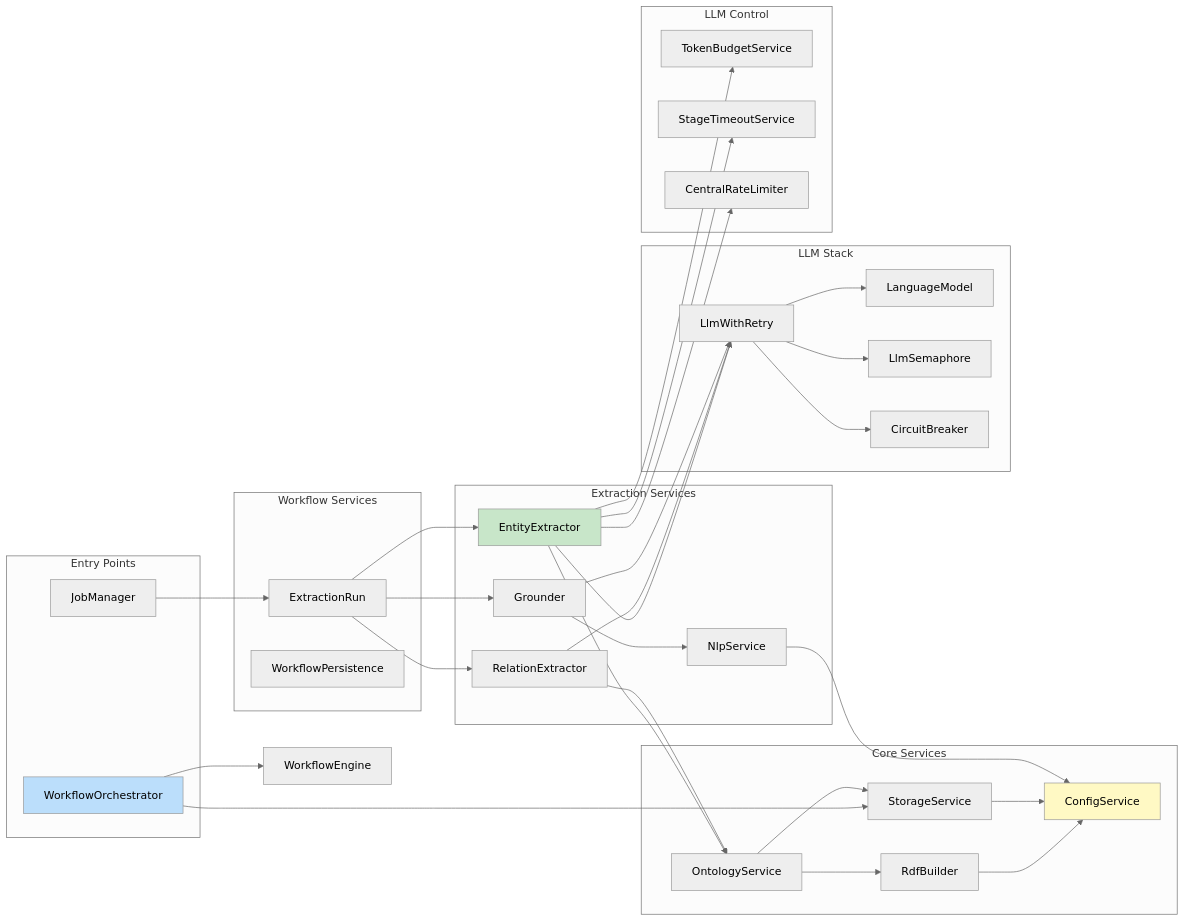
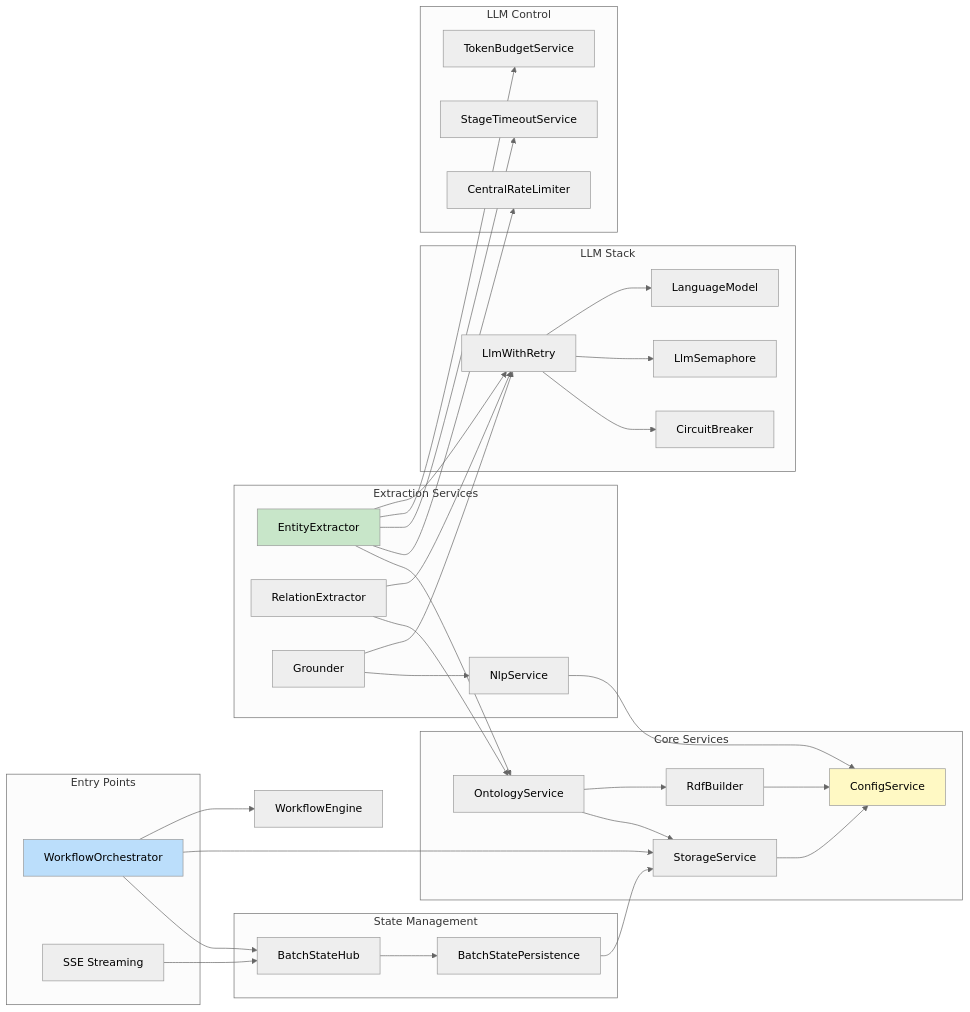
Before and after one commit to mepuka/effect-ontology: the fifth of 13 diagrams in packages/@core-v2/docs/architecture/system-architecture.md, drawn with Mermaid (neutral theme). The commit also changed other lines of this file and 58 other files, not shown here.

````diff
--- a/packages/@core-v2/docs/architecture/system-architecture.md
+++ b/packages/@core-v2/docs/architecture/system-architecture.md
@@ -244,74 +247,74 @@
 ```mermaid
 graph LR
     subgraph "Entry Points"
         WO[WorkflowOrchestrator]
-        JM[JobManager]
+        SSE[SSE Streaming]
     end
 
-    subgraph "Workflow Services"
-        ER[ExtractionRun]
-        WP[WorkflowPersistence]
+    subgraph "State Management"
+        BSH[BatchStateHub]
+        BSP[BatchStatePersistence]
     end
 
     subgraph "Extraction Services"
         EE[EntityExtractor]
         RE[RelationExtractor]
         GR[Grounder]
         NLP[NlpService]
     end
 
     subgraph "Core Services"
         CS[ConfigService]
         SS[StorageService]
         OS[OntologyService]
         RB[RdfBuilder]
     end
 
     subgraph "LLM Stack"
         LM[LanguageModel]
         LR[LlmWithRetry]
         LS[LlmSemaphore]
         CB[CircuitBreaker]
     end
 
     subgraph "LLM Control"
         TB[TokenBudgetService]
         ST[StageTimeoutService]
         RL[CentralRateLimiter]
     end
 
     WO --> WE[WorkflowEngine]
     WO --> SS
+    WO --> BSH
 
-    JM --> ER
-    ER --> EE
-    ER --> RE
-    ER --> GR
+    SSE --> BSH
+    BSH --> BSP
+    BSP --> SS
 
     EE --> LR
     RE --> LR
     GR --> LR
 
     LR --> LM
     LR --> LS
     LR --> CB
 
     EE --> TB
     EE --> ST
     EE --> RL
 
     EE --> OS
     RE --> OS
     GR --> NLP
 
     OS --> RB
     OS --> SS
 
     RB --> CS
     SS --> CS
     NLP --> CS
 
     style WO fill:#bbdefb
     style EE fill:#c8e6c9
     style CS fill:#fff9c4
 ```
````
